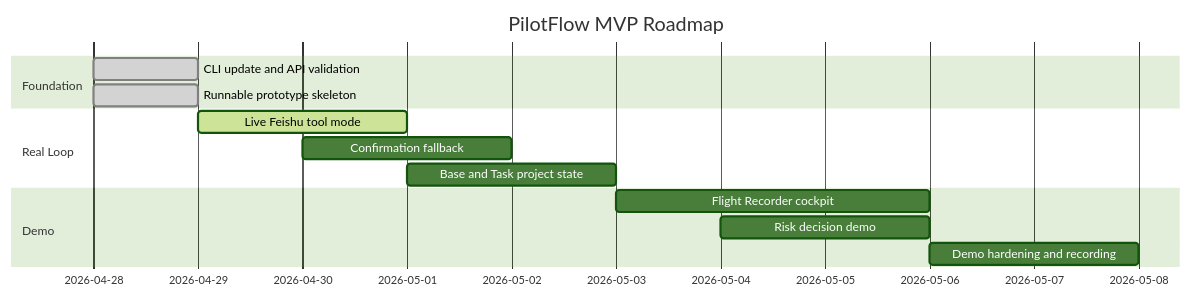
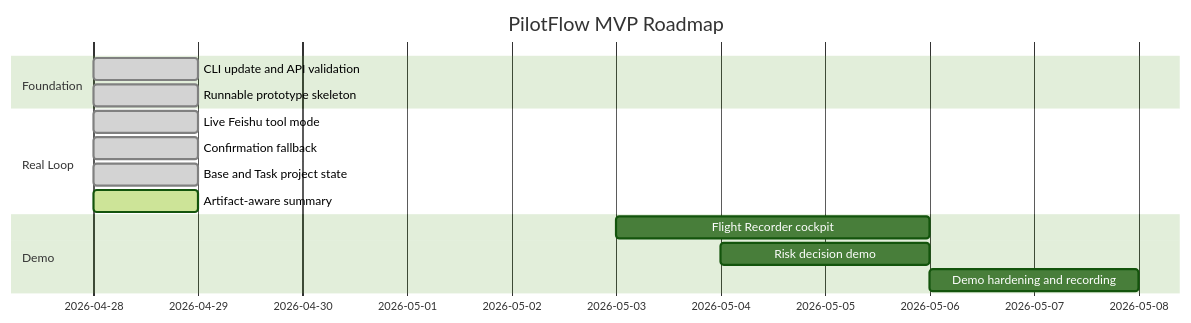
One commit to DeliciousBuding/pilot-flow changed the fourth of 4 diagrams in README.md. Above: the diagram before and after it, drawn with Mermaid (forest theme). The commit also changed other lines of this file and 10 other files, not shown here.

Commit message:
Add artifact-aware summary snapshots

````diff
--- a/README.md
+++ b/README.md
@@ -182,16 +183,17 @@
 ```mermaid
 gantt
     title PilotFlow MVP Roadmap
     dateFormat  YYYY-MM-DD
     section Foundation
     CLI update and API validation        :done,    a1, 2026-04-28, 1d
     Runnable prototype skeleton          :done,    a2, 2026-04-28, 1d
     section Real Loop
-    Live Feishu tool mode                :active,  b1, 2026-04-29, 2d
-    Confirmation fallback                :         b2, 2026-04-30, 2d
-    Base and Task project state          :         b3, 2026-05-01, 2d
+    Live Feishu tool mode                :done,    b1, 2026-04-28, 1d
+    Confirmation fallback                :done,    b2, 2026-04-28, 1d
+    Base and Task project state          :done,    b3, 2026-04-28, 1d
+    Artifact-aware summary               :active,  b4, 2026-04-28, 1d
     section Demo
     Flight Recorder cockpit              :         c1, 2026-05-03, 3d
     Risk decision demo                   :         c2, 2026-05-04, 2d
     Demo hardening and recording         :         c3, 2026-05-06, 2d
 ```
````
